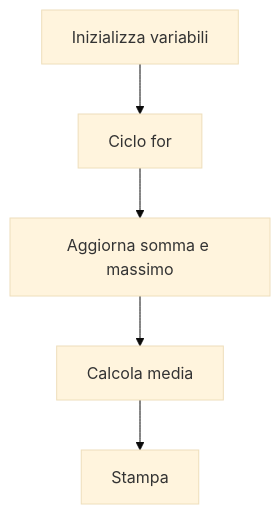
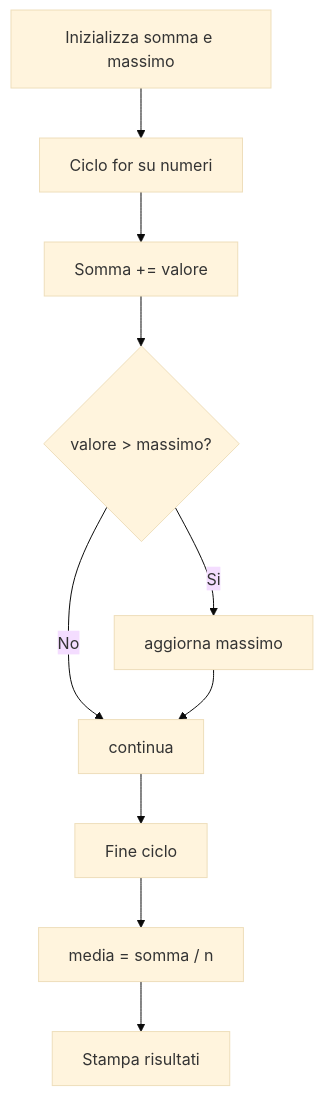
The fourth of 20 diagrams in 04-python-jupyter-analisi-biomedica/README.md (lucadagati/Lab_Fondamenti_di_Informatica_25_26), drawn with Mermaid (base theme) before and after one commit. The commit also changed other lines of this file, not shown here.

First line of the commit message:
README Lab 4: aggiunge testo esercizi e flow più espliciti

````diff
--- a/04-python-jupyter-analisi-biomedica/README.md
+++ b/04-python-jupyter-analisi-biomedica/README.md
@@ -99,7 +114,12 @@
 ```mermaid
 flowchart TD
-    A[Inizializza variabili] --> B[Ciclo for]
-    B --> C[Aggiorna somma e massimo]
-    C --> D[Calcola media]
-    D --> E[Stampa]
+    A[Inizializza somma e massimo] --> B[Ciclo for su numeri]
+    B --> C[Somma += valore]
+    C --> D{valore > massimo?}
+    D -- Si --> E[aggiorna massimo]
+    D -- No --> F[continua]
+    E --> F
+    F --> G[Fine ciclo]
+    G --> H[media = somma / n]
+    H --> I[Stampa risultati]
 ```
````
